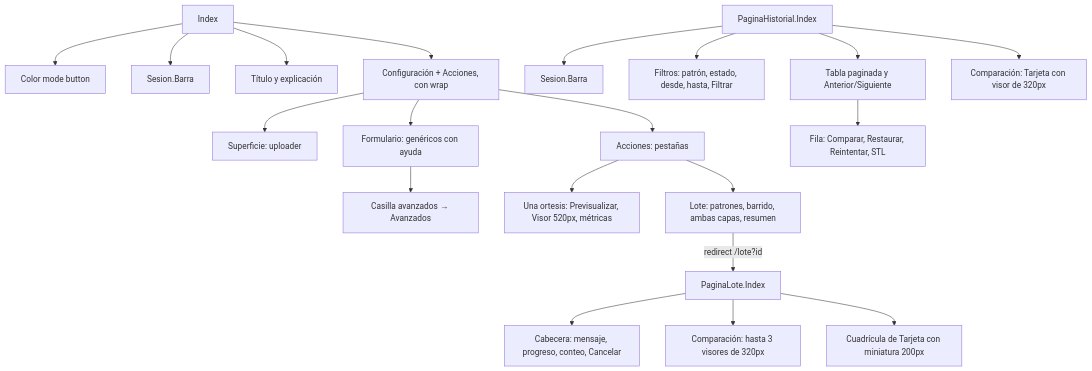
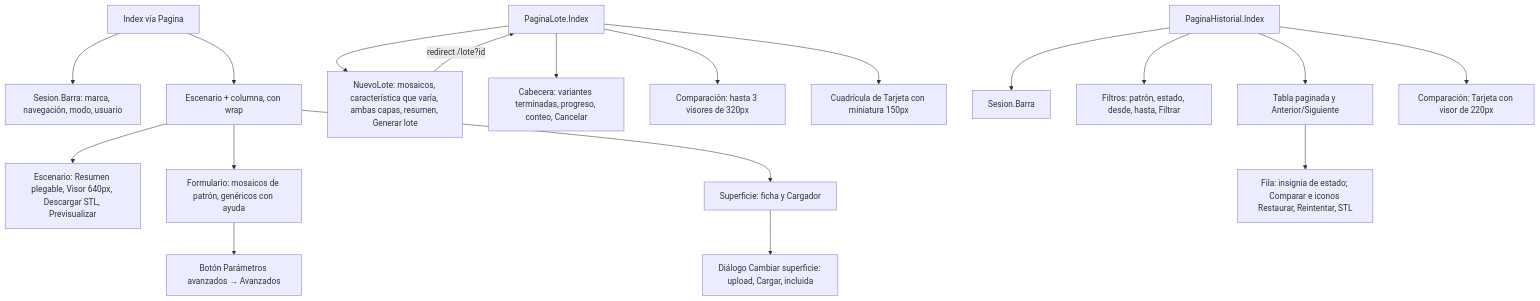
The second of 3 diagrams in docs/AppFrontend/ARQUITECTURA.md (MateoDG2006/OrtesisLab), drawn with Mermaid before and after one commit. The commit also changed other lines of this file and 17 other files, not shown here.

````diff
--- a/docs/AppFrontend/ARQUITECTURA.md
+++ b/docs/AppFrontend/ARQUITECTURA.md
@@ -33,22 +33,20 @@
 ```mermaid
 flowchart TB
-  I[Index] --> CM[Color mode button]
-  I --> SB[Sesion.Barra]
-  I --> H[Título y explicación]
-  I --> ROW[Configuración + Acciones, con wrap]
-  ROW --> S[Superficie: uploader]
-  ROW --> F[Formulario: genéricos con ayuda]
-  F --> AV[Casilla avanzados → Avanzados]
-  ROW --> AC[Acciones: pestañas]
-  AC --> V[Una ortesis: Previsualizar, Visor 520px, métricas]
-  AC --> L[Lote: patrones, barrido, ambas capas, resumen]
-  L -->|redirect /lote?id| LI[PaginaLote.Index]
-  LI --> CAB[Cabecera: mensaje, progreso, conteo, Cancelar]
+  I[Index vía Pagina] --> SB[Sesion.Barra: marca, navegación, modo, usuario]
+  I --> ROW[Escenario + columna, con wrap]
+  ROW --> E[Escenario: Resumen plegable, Visor 640px, Descargar STL, Previsualizar]
+  ROW --> F[Formulario: mosaicos de patrón, genéricos con ayuda]
+  F --> AV[Botón Parámetros avanzados → Avanzados]
+  ROW --> S[Superficie: ficha y Cargador]
+  S --> D[Diálogo Cambiar superficie: upload, Cargar, incluida]
+  LI[PaginaLote.Index] --> NL[NuevoLote: mosaicos, característica que varía, ambas capas, resumen, Generar lote]
+  NL -->|redirect /lote?id| LI
+  LI --> CAB[Cabecera: variantes terminadas, progreso, conteo, Cancelar]
   LI --> C[Comparación: hasta 3 visores de 320px]
-  LI --> GR[Cuadrícula de Tarjeta con miniatura 200px]
+  LI --> GR[Cuadrícula de Tarjeta con miniatura 150px]
   HI[PaginaHistorial.Index] --> SB2[Sesion.Barra]
   HI --> FI[Filtros: patrón, estado, desde, hasta, Filtrar]
   HI --> TA[Tabla paginada y Anterior/Siguiente]
-  TA --> FL[Fila: Comparar, Restaurar, Reintentar, STL]
-  HI --> CO[Comparación: Tarjeta con visor de 320px]
+  TA --> FL[Fila: insignia de estado; Comparar e iconos Restaurar, Reintentar, STL]
+  HI --> CO[Comparación: Tarjeta con visor de 220px]
 ```
````
